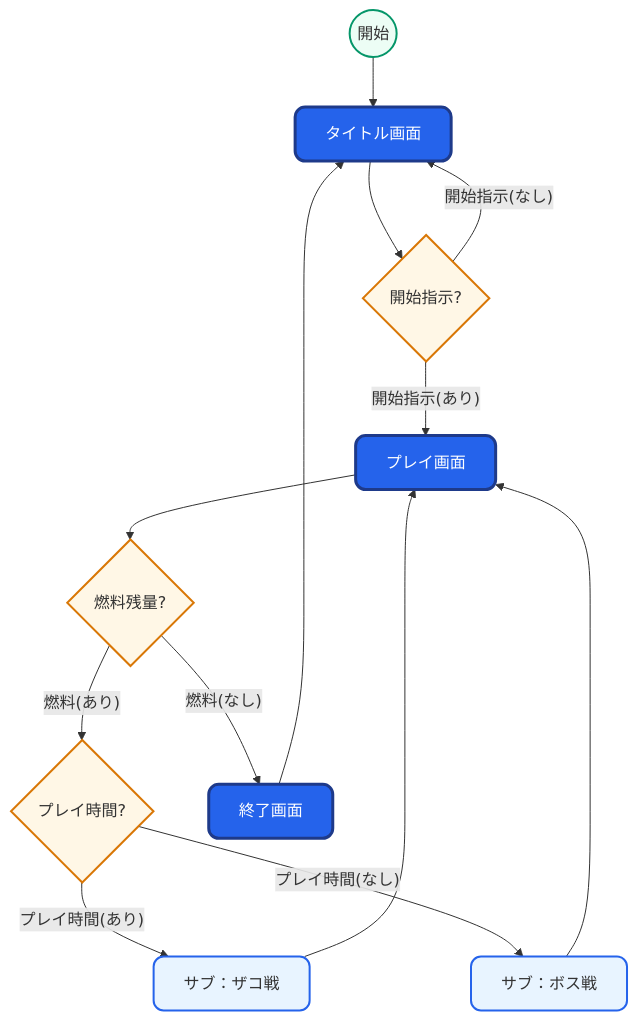
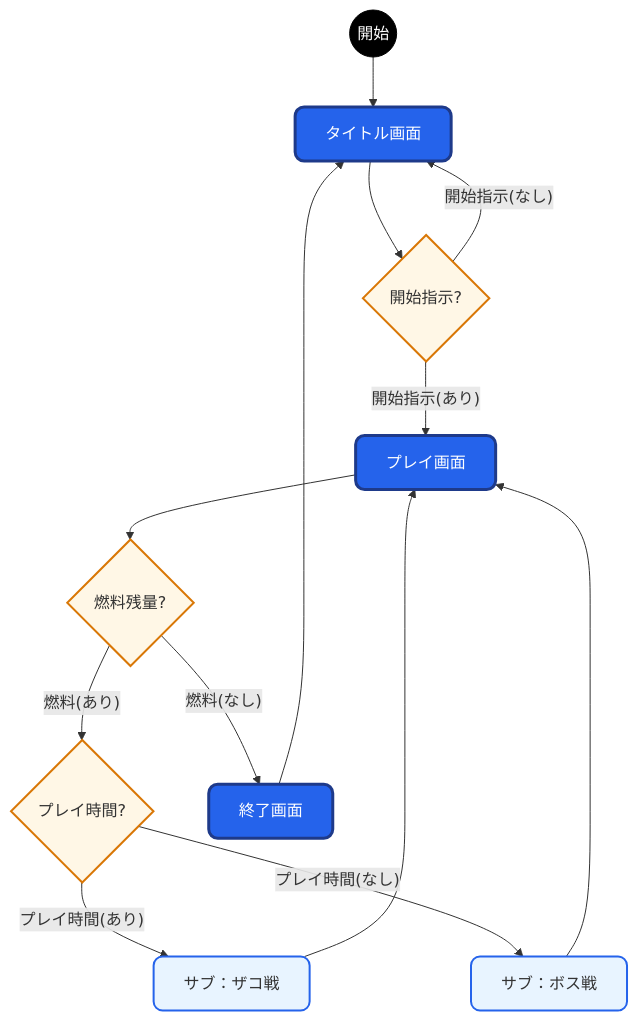
Before and after one commit to kureha001/MMP: the fourth of 7 diagrams in ゲーム/01_MechBullets/README/30_シーン管理.MD, drawn with Mermaid. The commit also changed other lines of this file and 1 other file, not shown here.

````diff
--- a/ゲーム/01_MechBullets/README/30_シーン管理.MD
+++ b/ゲーム/01_MechBullets/README/30_シーン管理.MD
@@ -87,36 +99,37 @@
 ```mermaid
 flowchart TB
-%% ==== Styles ====
-classDef highlight fill:#2563eb,color:#ffffff,stroke:#1e3a8a,stroke-width:3px,rx:10,ry:10;
-classDef decision  fill:#fff7e6,stroke:#d97706,stroke-width:2px;
-classDef startNode fill:#ecfdf5,stroke:#059669,stroke-width:2px,rx:10,ry:10;
-classDef screen    fill:#e8f4ff,stroke:#2563eb,stroke-width:2px,rx:10,ry:10;
+%% ==== 書式 ====
+classDef 開始 fill:#000000,color:#ffffff,stroke:#000000;
+classDef 画面 fill:#2563eb,color:#ffffff,stroke:#1e3a8a,stroke-width:3px,rx:9,ry:9;
+classDef サブ fill:#e8f4ff,stroke:#2563eb,stroke-width:2px,rx:9,ry:9;
+classDef 処理 fill:#f5f5f5,stroke:#535353;
+classDef 分岐 fill:#fff7e6,stroke:#d97706,stroke-width:2px;
 
-%% ==== Nodes ====
-start((開始)):::startNode;
-title[タイトル画面]:::highlight;
-choiceStart{開始指示?}:::decision;
-play[プレイ画面]:::highlight;
-choiceFuel{燃料残量?}:::decision;
-choiceTime{プレイ時間?}:::decision;
-endScr[終了画面]:::highlight;
-subZako[サブ：ザコ戦]:::screen;
-subBoss[サブ：ボス戦]:::screen;
+%% ==== ノード ====
+start((開始)):::開始;
+title[タイトル画面]:::画面;
+choiceStart{開始指示?}:::分岐;
+play[プレイ画面]:::画面;
+choiceFuel{燃料残量?}:::分岐;
+choiceTime{プレイ時間?}:::分岐;
+endScr[終了画面]:::画面;
+subZako[サブ：ザコ戦]:::サブ;
+subBoss[サブ：ボス戦]:::サブ;
 
-%% ==== Flow ====
+%% ==== 処理順序 ====
 start --> title;
 title --> choiceStart;
 choiceStart -- 開始指示(なし) --> title;
 choiceStart -- 開始指示(あり) --> play;
 
 play --> choiceFuel;
 choiceFuel -- 燃料(なし) --> endScr;
 endScr --> title;
 
 choiceFuel -- 燃料(あり) --> choiceTime;
 choiceTime -- プレイ時間(あり) --> subZako;
 choiceTime -- プレイ時間(なし) --> subBoss;
 
 subZako --> play;
 subBoss --> play;
 ```
````
